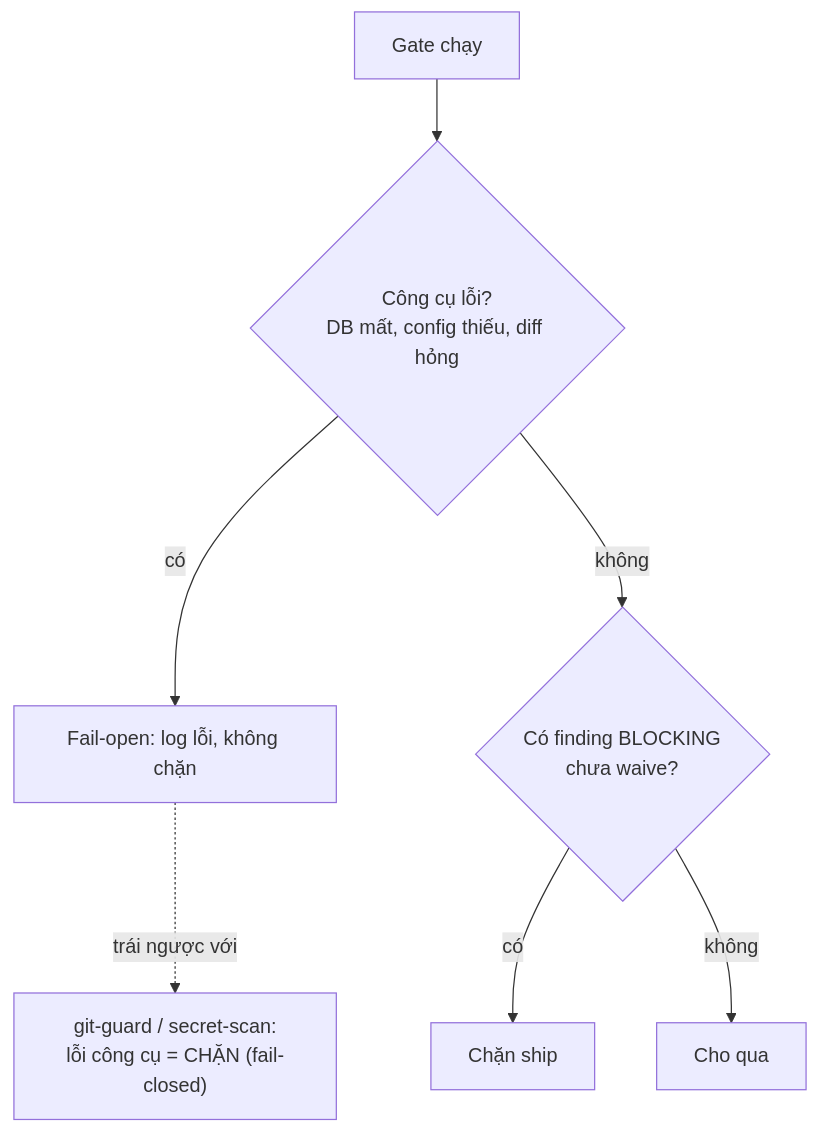
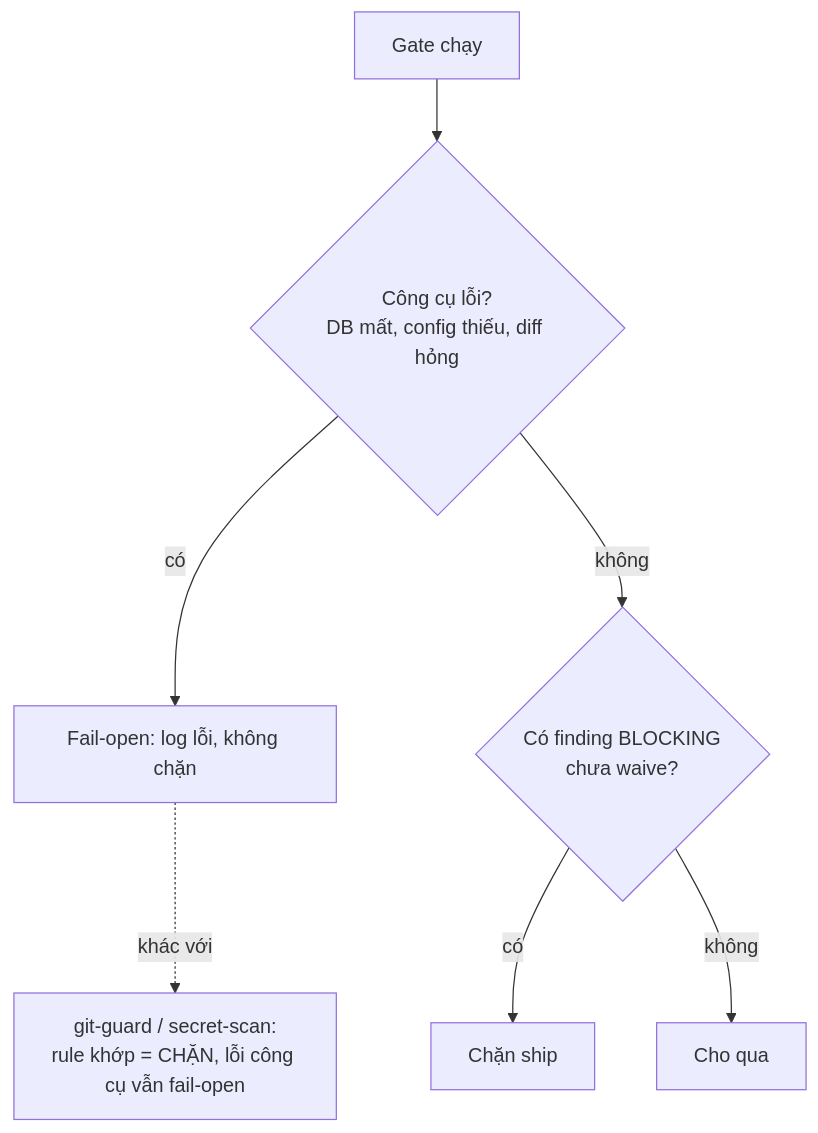
One commit to ZenifyAIContactCenter/zenify-kit changed the diagram in website/concepts/gate-fail-open.md. Above: the diagram before and after it, drawn with Mermaid. The commit also changed other lines of this file and 13 other files, not shown here.

Commit message:
docs(website): final-review fixes — git-guard hit-vs-error wording, zenify wt, hook purposes

````diff
--- a/website/concepts/gate-fail-open.md
+++ b/website/concepts/gate-fail-open.md
@@ -13,9 +13,9 @@
 ```mermaid
 flowchart TD
   A[Gate chạy] --> B{Công cụ lỗi?\nDB mất, config thiếu, diff hỏng}
   B -- có --> C[Fail-open: log lỗi, không chặn]
   B -- không --> D{Có finding BLOCKING\nchưa waive?}
   D -- có --> E[Chặn ship]
   D -- không --> F[Cho qua]
-  C -.trái ngược với.-> G["git-guard / secret-scan:\nlỗi công cụ = CHẶN (fail-closed)"]
+  C -.khác với.-> G["git-guard / secret-scan:<br/>rule khớp = CHẶN, lỗi công cụ vẫn fail-open"]
 ```
````
